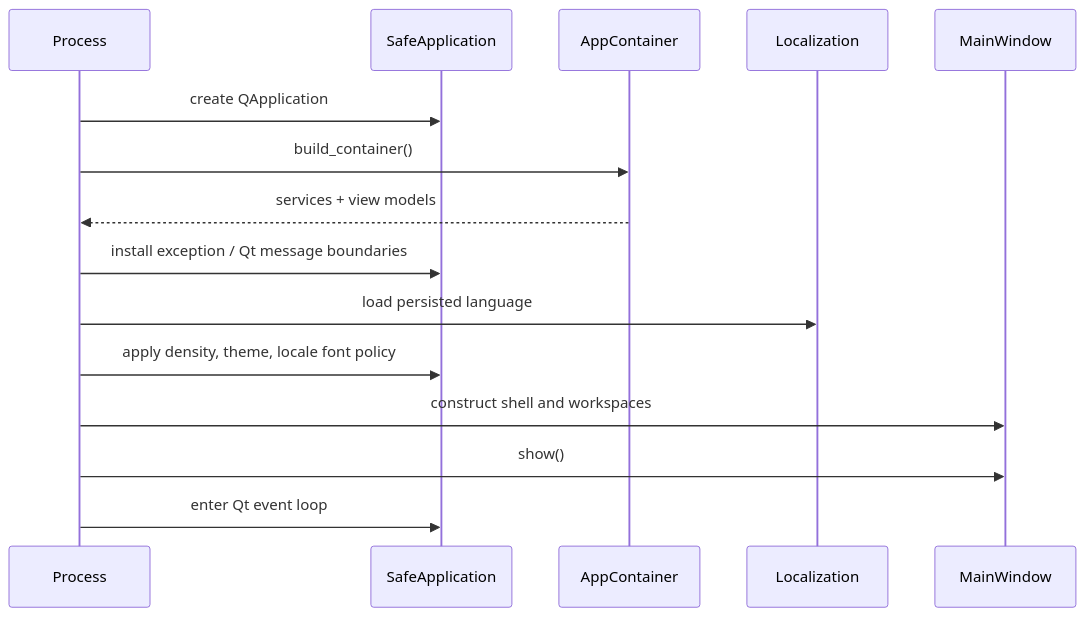
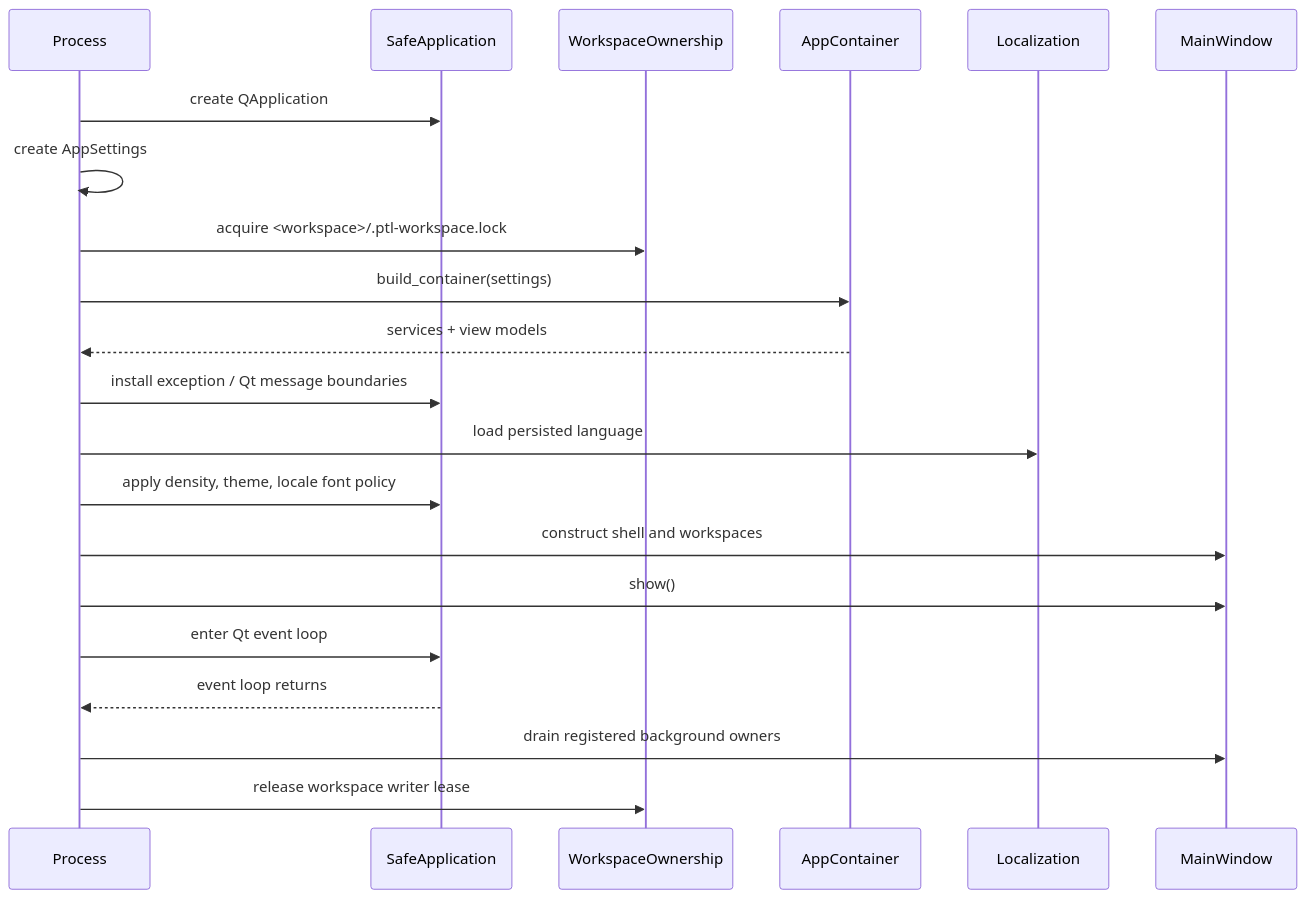
One commit to quendoris/persona-training-lab changed the second of 3 diagrams in docs/architecture/overview.md. Above: the diagram before and after it, drawn with Mermaid. The commit also changed other lines of this file and 4 other files, not shown here.

````diff
--- a/docs/architecture/overview.md
+++ b/docs/architecture/overview.md
@@ -63,18 +64,24 @@
 ```mermaid
 sequenceDiagram
     participant P as Process
     participant A as SafeApplication
+    participant O as WorkspaceOwnership
     participant C as AppContainer
     participant I as Localization
     participant W as MainWindow
 
     P->>A: create QApplication
-    P->>C: build_container()
+    P->>P: create AppSettings
+    P->>O: acquire <workspace>/.ptl-workspace.lock
+    P->>C: build_container(settings)
     C-->>P: services + view models
     P->>A: install exception / Qt message boundaries
     P->>I: load persisted language
     P->>A: apply density, theme, locale font policy
     P->>W: construct shell and workspaces
     P->>W: show()
     P->>A: enter Qt event loop
+    A-->>P: event loop returns
+    P->>W: drain registered background owners
+    P->>O: release workspace writer lease
 ```
````
